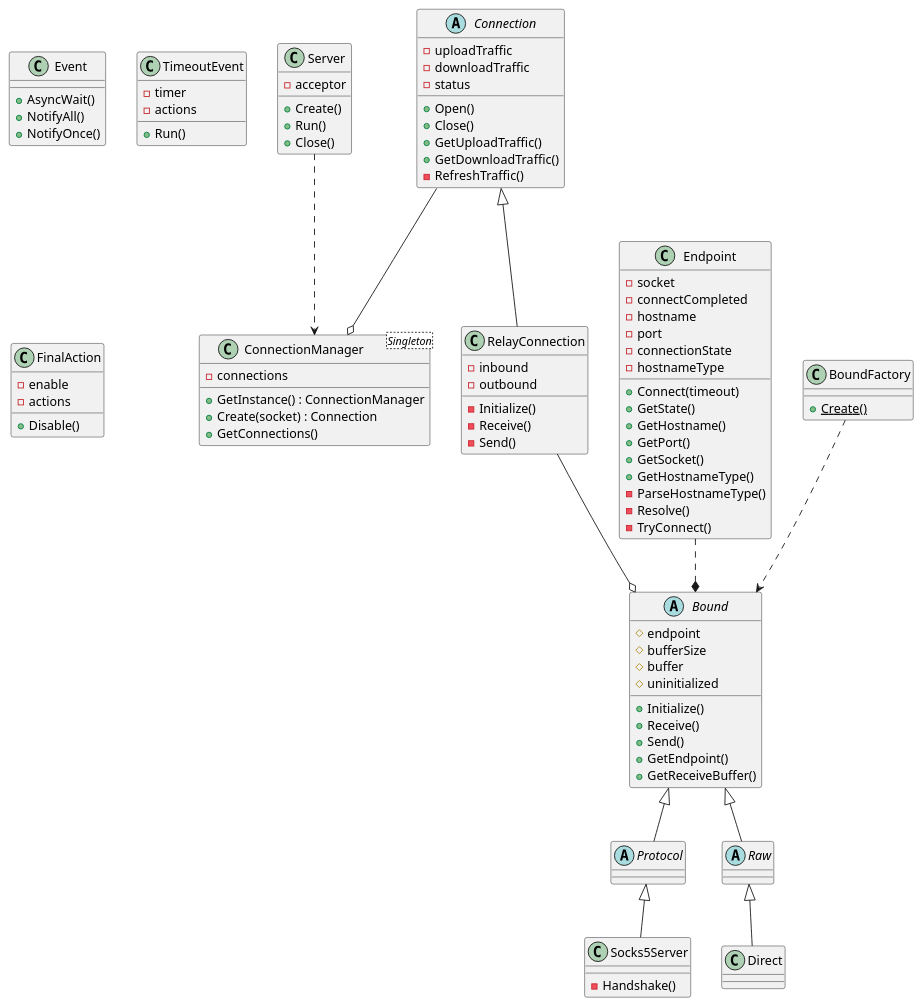
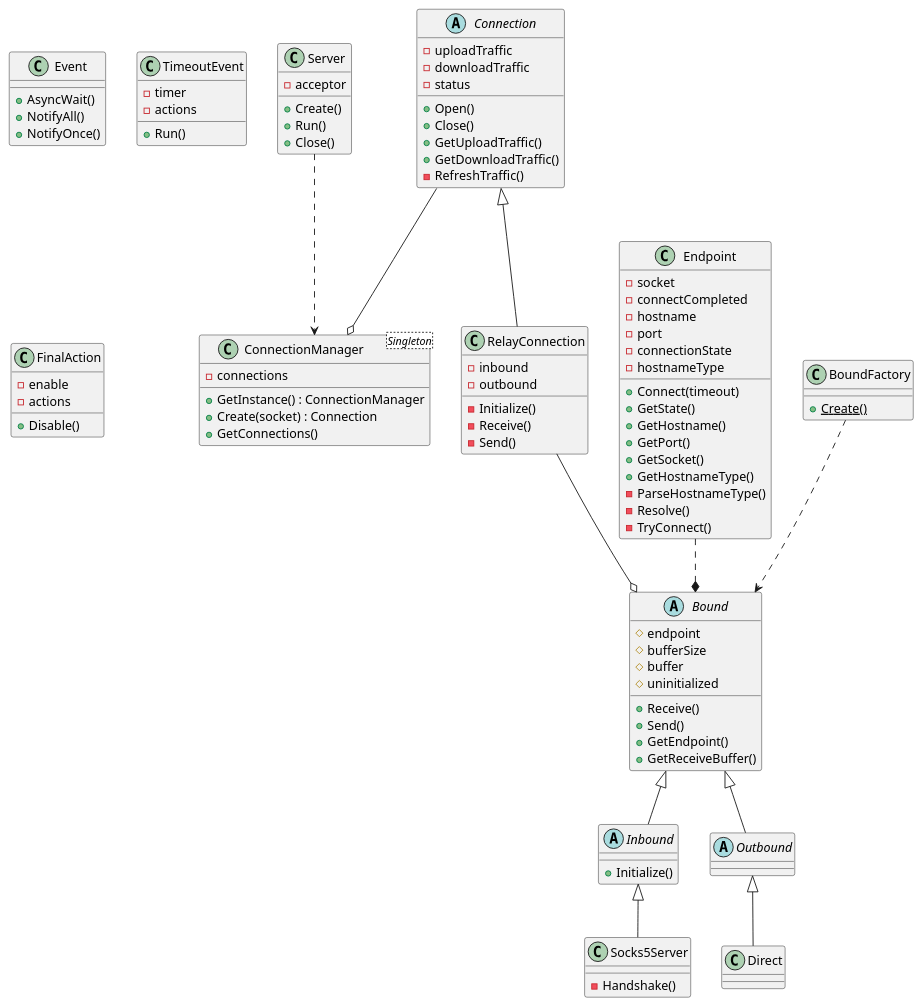
Before and after one commit to 0KABE/Owl: the diagram in doc/Architecture.puml, drawn with PlantUML. The commit also changed 22 other files, not shown here.

Commit message:
refactor: split Bound derived class into Inbound and Outbound

```diff
--- a/doc/Architecture.puml
+++ b/doc/Architecture.puml
@@ -1,101 +1,102 @@
 @startuml
 class Server{
     + Create()
     + Run()
     + Close()
     - acceptor
 }
 
 abstract Connection{
     + Open()
     + Close()
     + GetUploadTraffic()
     + GetDownloadTraffic()
     - RefreshTraffic()
     - uploadTraffic
     - downloadTraffic
     - status
 }
 
 class RelayConnection extends Connection{
     - Initialize()
     - Receive()
     - Send()
     - inbound
     - outbound
 }
 class ConnectionManager<Singleton>{
     + GetInstance() : ConnectionManager
     + Create(socket) : Connection
     + GetConnections()
     - connections
 }
 class Endpoint{
     + Connect(timeout)
     + GetState()
     + GetHostname()
     + GetPort()
     + GetSocket()
     + GetHostnameType()
     - ParseHostnameType()
     - Resolve()
     - TryConnect()
     - socket
     - connectCompleted
     - hostname
     - port
     - connectionState
     - hostnameType
 }
 
 abstract Bound{
-    + Initialize()
     + Receive()
     + Send()
     + GetEndpoint()
     + GetReceiveBuffer()
     # endpoint
     # bufferSize
     # buffer
     # uninitialized
 }
 
 class BoundFactory{
     + {static} Create()
 }
 
 class Event{
     + AsyncWait()
     + NotifyAll()
     + NotifyOnce()
 }
 
 class TimeoutEvent{
     + Run()
     - timer
     - actions
 }
 
 class FinalAction{
     + Disable()
     - enable
     - actions
 }
 
-abstract Protocol extends Bound
+abstract Inbound extends Bound{
+    + Initialize()
+}
 
-abstract Raw extends Bound
+abstract Outbound extends Bound
 
-class Direct extends Raw
+class Direct extends Outbound
 
-class Socks5Server extends Protocol{
+class Socks5Server extends Inbound{
     - Handshake()
 }
 
 Server ..> ConnectionManager
 BoundFactory ..> Bound
 Endpoint ..* Bound
 Connection --o ConnectionManager
 RelayConnection --o Bound
 
 @enduml
```
